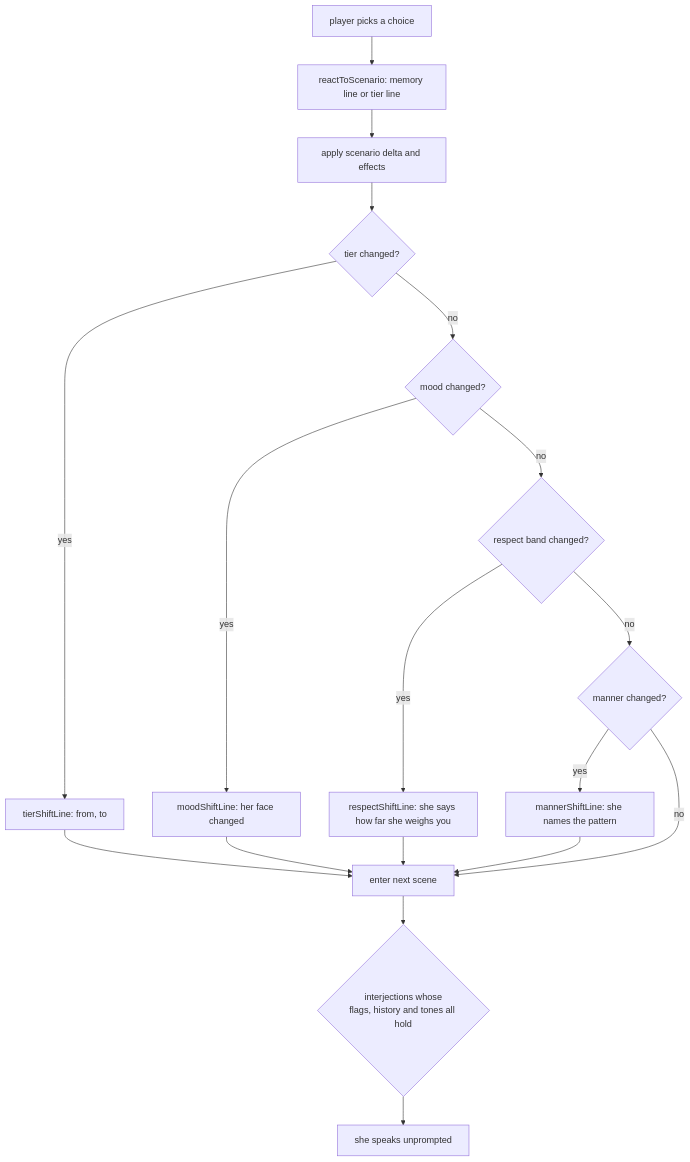
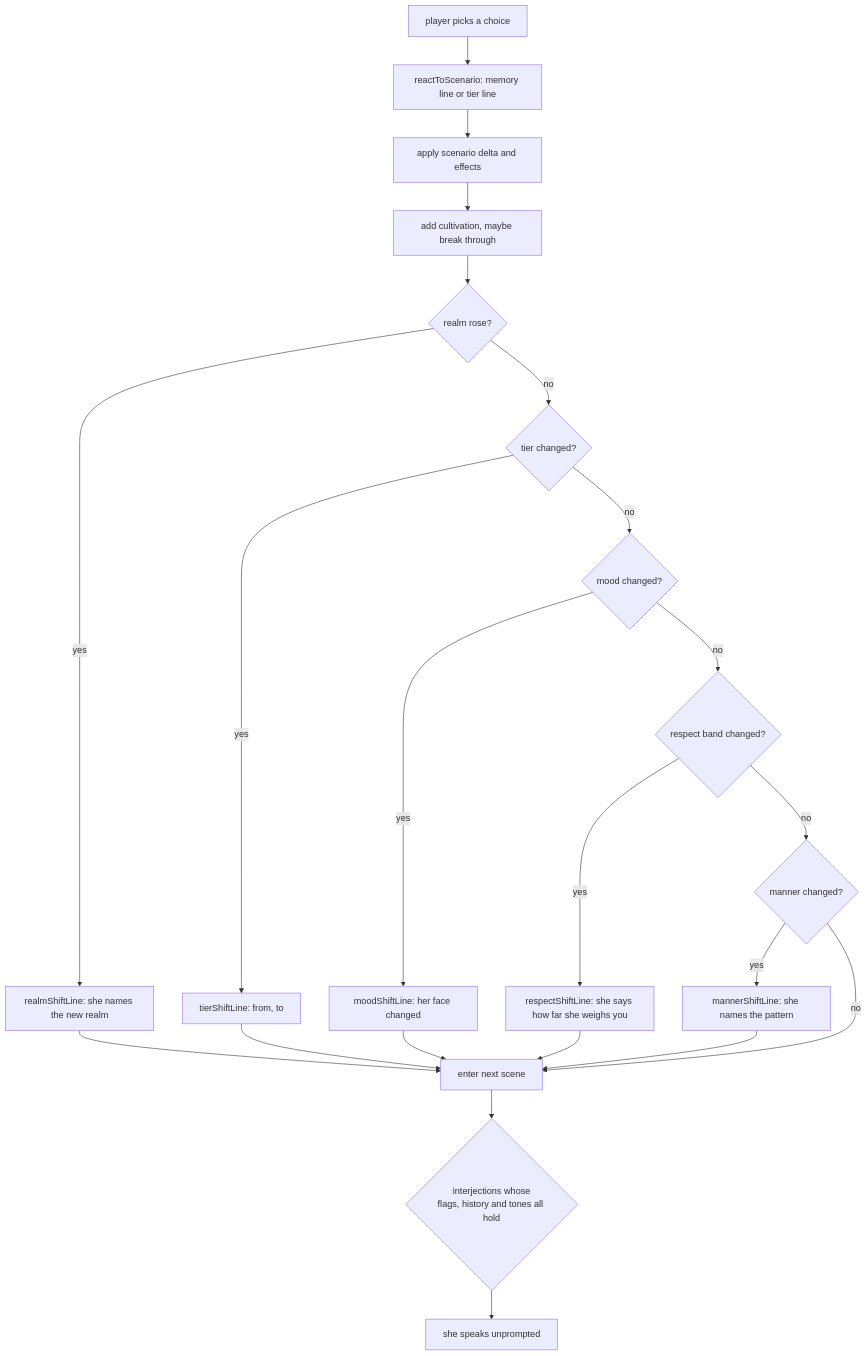
Before and after one commit to jgyy/nextxian: diagram 14 of 19 in docs/ARCHITECTURE.md, drawn with Mermaid. The commit also changed other lines of this file and 28 other files, not shown here.

First line of the commit message:
Add 1,000 side-road scenes, cultivation realms from Mortal up, and a realm-aware Elder (#7)

````diff
--- a/docs/ARCHITECTURE.md
+++ b/docs/ARCHITECTURE.md
@@ -200,20 +282,24 @@
 ```mermaid
 flowchart TD
   P[player picks a choice] --> R[reactToScenario: memory line or tier line]
   R --> D[apply scenario delta and effects]
-  D --> T{tier changed?}
+  D --> CG[add cultivation, maybe break through]
+  CG --> RM{realm rose?}
+  RM -- yes --> RML[realmShiftLine: she names the new realm]
+  RM -- no --> T{tier changed?}
   T -- yes --> TL[tierShiftLine: from, to]
   T -- no --> M{mood changed?}
   M -- yes --> ML[moodShiftLine: her face changed]
   M -- no --> RS{respect band changed?}
   RS -- yes --> RL[respectShiftLine: she says how far she weighs you]
   RS -- no --> K{manner changed?}
   K -- yes --> KL[mannerShiftLine: she names the pattern]
   K -- no --> E[enter next scene]
+  RML --> E
   TL --> E
   ML --> E
   RL --> E
   KL --> E
   E --> I{interjections whose<br/>flags, history and tones all hold}
   I --> SAY[she speaks unprompted]
 ```
````
